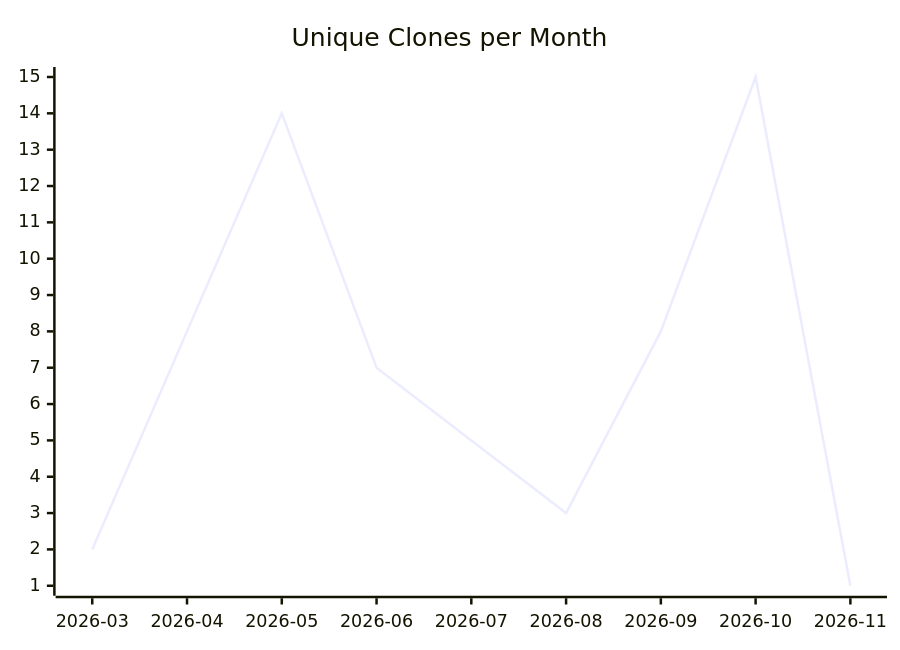
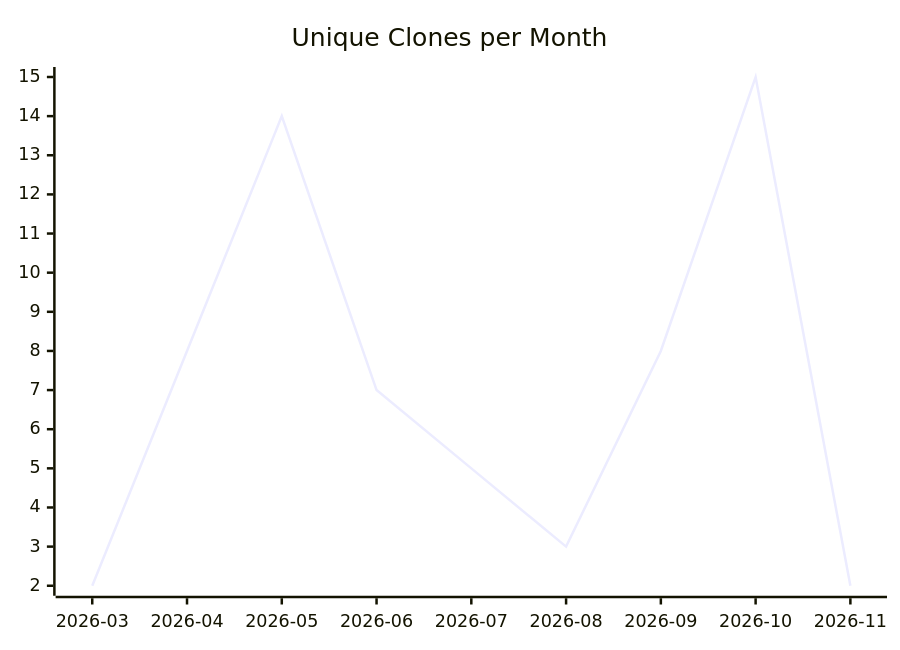
The third of 3 diagrams in karlmdavis/hello-rust-actix/README.md (justdavis-family/github-analytics-data), drawn with Mermaid before and after one commit. The commit also changed other lines of this file and 188 other files, not shown here.

````diff
--- a/karlmdavis/hello-rust-actix/README.md
+++ b/karlmdavis/hello-rust-actix/README.md
@@ -19,6 +19,6 @@
 ```mermaid
 xychart-beta
   title "Unique Clones per Month"
   x-axis ["2026-03", "2026-04", "2026-05", "2026-06", "2026-07", "2026-08", "2026-09", "2026-10", "2026-11"]
-  line [2, 8, 14, 7, 5, 3, 8, 15, 1]
+  line [2, 8, 14, 7, 5, 3, 8, 15, 2]
 ```
````
